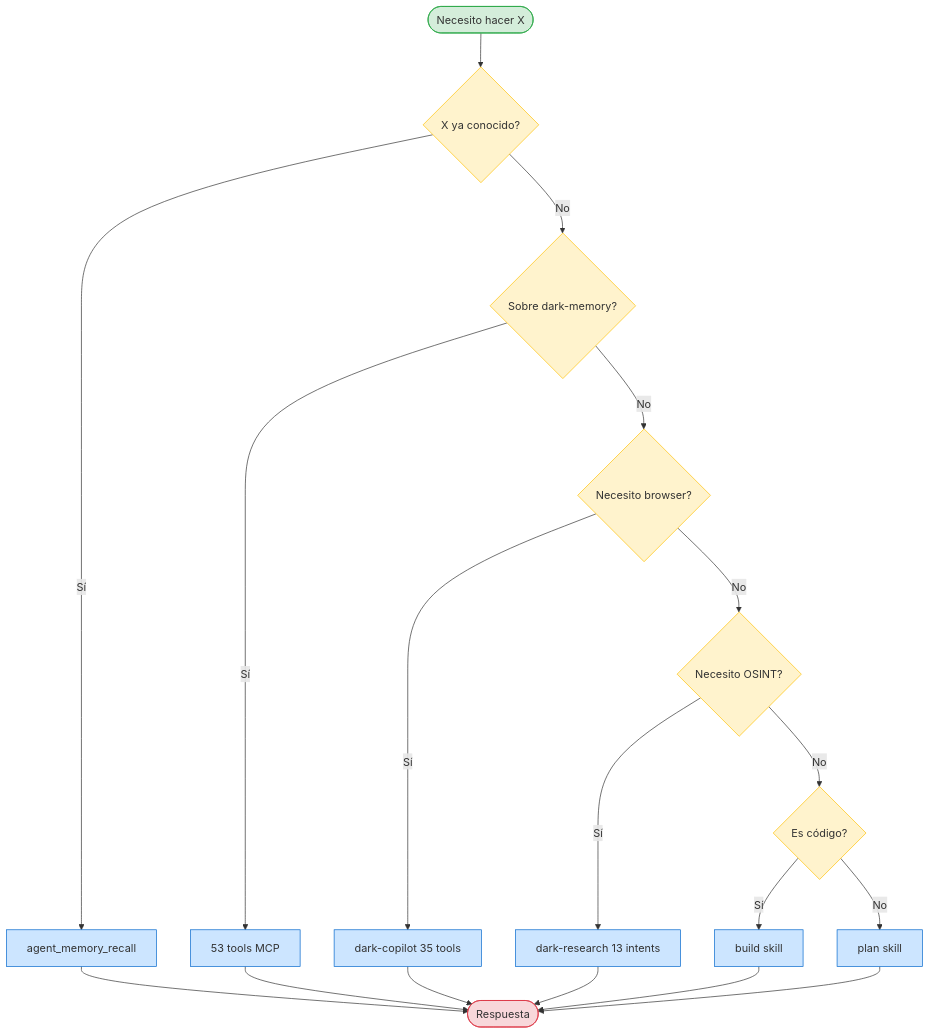
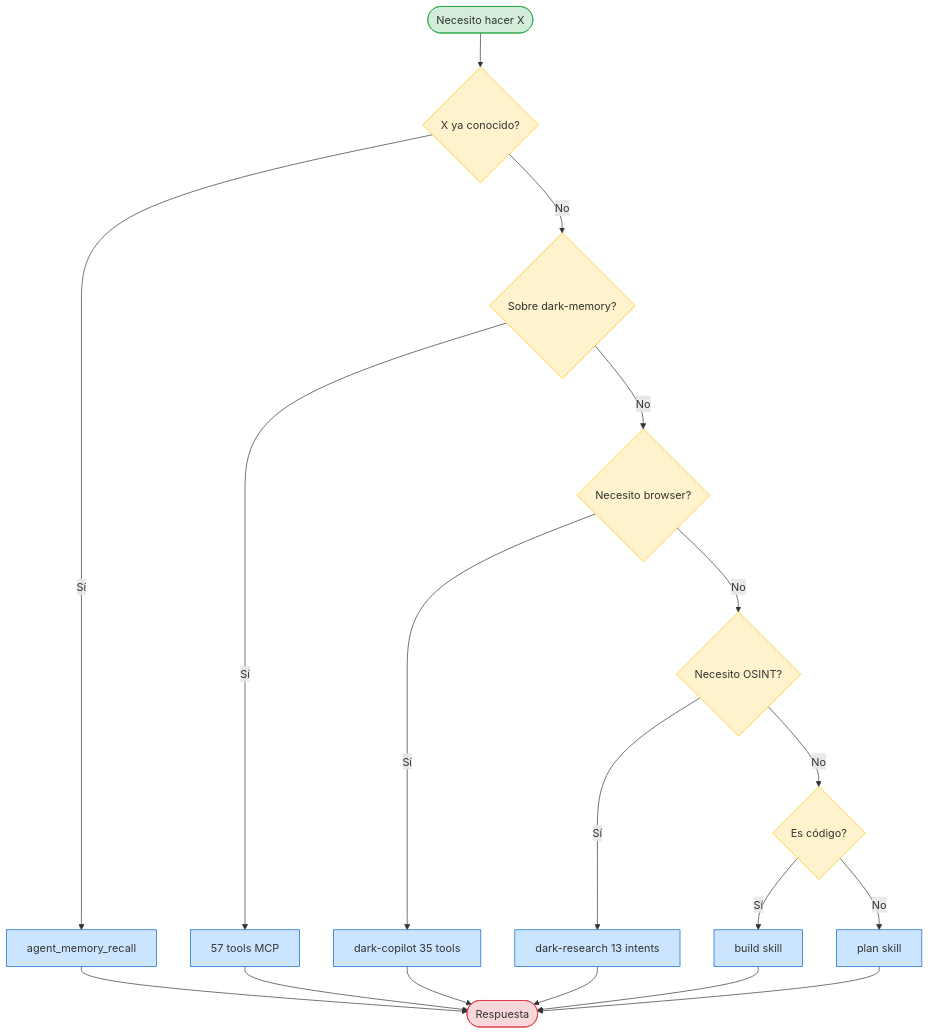
One commit to Opita-Code/dark-memory-mcp changed the ninth of 9 diagrams in docs/DIAGRAMAS.md. Above: the diagram before and after it, drawn with Mermaid. The commit also changed other lines of this file and 4 other files, not shown here.

First line of the commit message:
docs(sync): t5.A — surface docs reflect 57 canonical tools / 17 namespaces / schema v26

````diff
--- a/docs/DIAGRAMAS.md
+++ b/docs/DIAGRAMAS.md
@@ -370,31 +370,31 @@
 ```mermaid
 graph TD
     Start([Necesito hacer X]) --> Q1{X ya conocido?}
     Q1 -->|Sí| UseRecall[agent_memory_recall]
     Q1 -->|No| Q2{Sobre dark-memory?}
-    Q2 -->|Sí| UseTools[53 tools MCP]
+    Q2 -->|Sí| UseTools[57 tools MCP]
     Q2 -->|No| Q3{Necesito browser?}
     Q3 -->|Sí| UseCopilot[dark-copilot 35 tools]
     Q3 -->|No| Q4{Necesito OSINT?}
     Q4 -->|Sí| UseResearch[dark-research 13 intents]
     Q4 -->|No| Q5{Es código?}
     Q5 -->|Sí| Build[build skill]
     Q5 -->|No| Plan[plan skill]
 
     UseRecall --> End([Respuesta])
     UseTools --> End
     UseCopilot --> End
     UseResearch --> End
     Build --> End
     Plan --> End
 
     classDef decision fill:#fff3cd,stroke:#ffc107
     classDef action fill:#cce5ff,stroke:#0066cc
     classDef start fill:#d4edda,stroke:#28a745
     classDef endNode fill:#f8d7da,stroke:#dc3545
 
     class Start start
     class End endNode
     class Q1,Q2,Q3,Q4,Q5 decision
     class UseRecall,UseTools,UseCopilot,UseResearch,Build,Plan action
 ```
````
